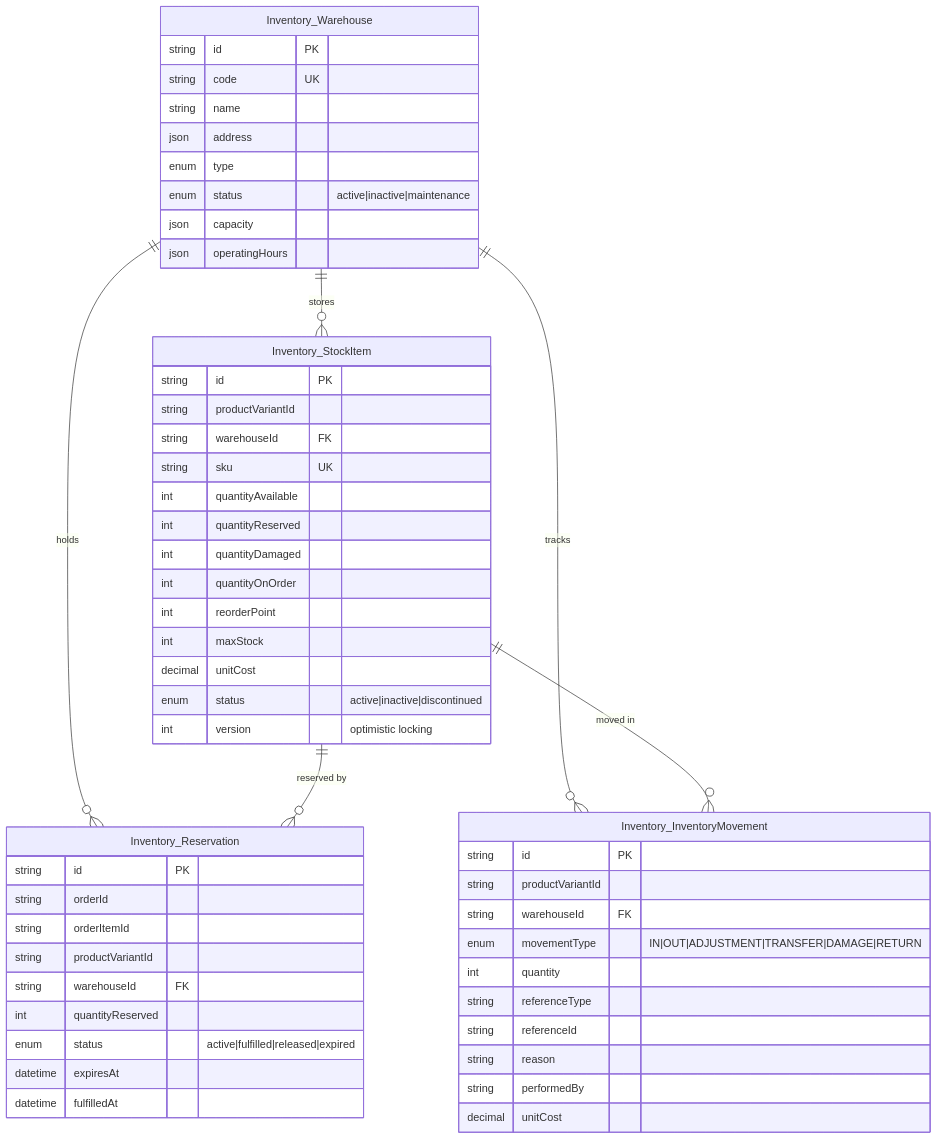
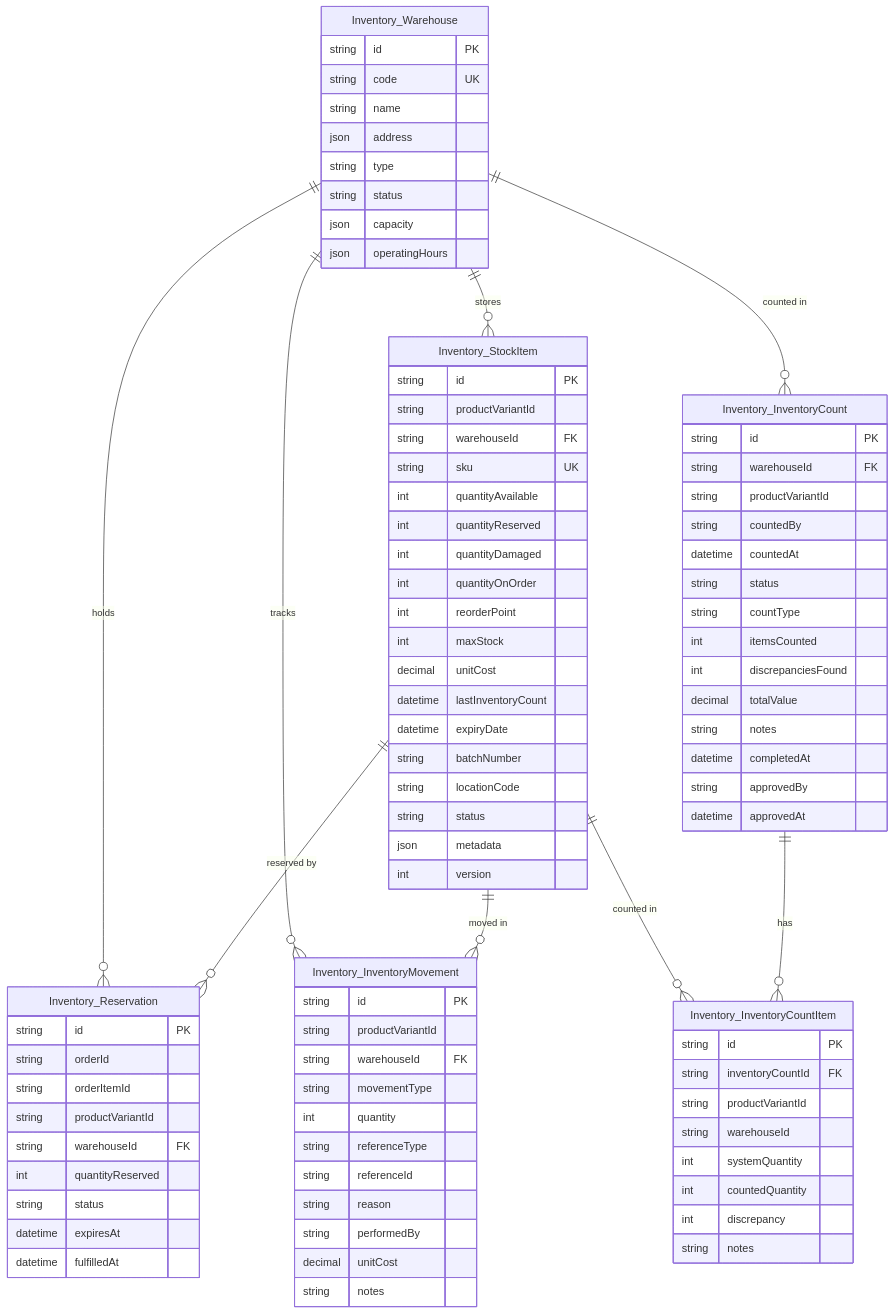
Before and after one commit to maysar-014/maysar-express-backend: diagram 11 of 22 in docs/architecture/database-relationship-diagrams.md, drawn with Mermaid. The commit also changed other lines of this file and 13 other files, not shown here.

First line of the commit message:
docs: complete database relationship diagrams from full schema

````diff
--- a/docs/architecture/database-relationship-diagrams.md
+++ b/docs/architecture/database-relationship-diagrams.md
@@ -299,8 +949,8 @@
         string code UK
         string name
         json address
-        enum type
-        enum status "active|inactive|maintenance"
+        string type
+        string status
         json capacity
         json operatingHours
     }
@@ -317,8 +967,13 @@
         int reorderPoint
         int maxStock
         decimal unitCost
-        enum status "active|inactive|discontinued"
-        int version "optimistic locking"
+        datetime lastInventoryCount
+        datetime expiryDate
+        string batchNumber
+        string locationCode
+        string status
+        json metadata
+        int version
     }
 
     Inventory_Reservation {
@@ -328,7 +983,7 @@
         string productVariantId
         string warehouseId FK
         int quantityReserved
-        enum status "active|fulfilled|released|expired"
+        string status
         datetime expiresAt
         datetime fulfilledAt
     }
@@ -337,18 +992,50 @@
         string id PK
         string productVariantId
         string warehouseId FK
-        enum movementType "IN|OUT|ADJUSTMENT|TRANSFER|DAMAGE|RETURN"
+        string movementType
         int quantity
         string referenceType
         string referenceId
         string reason
         string performedBy
         decimal unitCost
+        string notes
+    }
+
+    Inventory_InventoryCount {
+        string id PK
+        string warehouseId FK
+        string productVariantId
+        string countedBy
+        datetime countedAt
+        string status
+        string countType
+        int itemsCounted
+        int discrepanciesFound
+        decimal totalValue
+        string notes
+        datetime completedAt
+        string approvedBy
+        datetime approvedAt
+    }
+
+    Inventory_InventoryCountItem {
+        string id PK
+        string inventoryCountId FK
+        string productVariantId
+        string warehouseId
+        int systemQuantity
+        int countedQuantity
+        int discrepancy
+        string notes
     }
 
     Inventory_Warehouse ||--o{ Inventory_StockItem : "stores"
     Inventory_Warehouse ||--o{ Inventory_Reservation : "holds"
     Inventory_Warehouse ||--o{ Inventory_InventoryMovement : "tracks"
+    Inventory_Warehouse ||--o{ Inventory_InventoryCount : "counted in"
     Inventory_StockItem ||--o{ Inventory_Reservation : "reserved by"
     Inventory_StockItem ||--o{ Inventory_InventoryMovement : "moved in"
+    Inventory_StockItem ||--o{ Inventory_InventoryCountItem : "counted in"
+    Inventory_InventoryCount ||--o{ Inventory_InventoryCountItem : "has"
 ```
````
